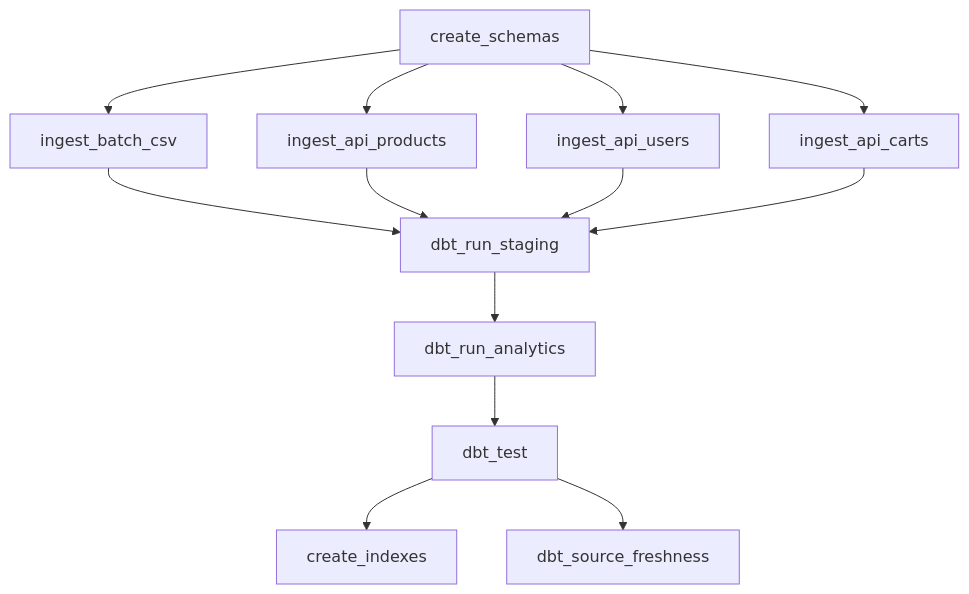
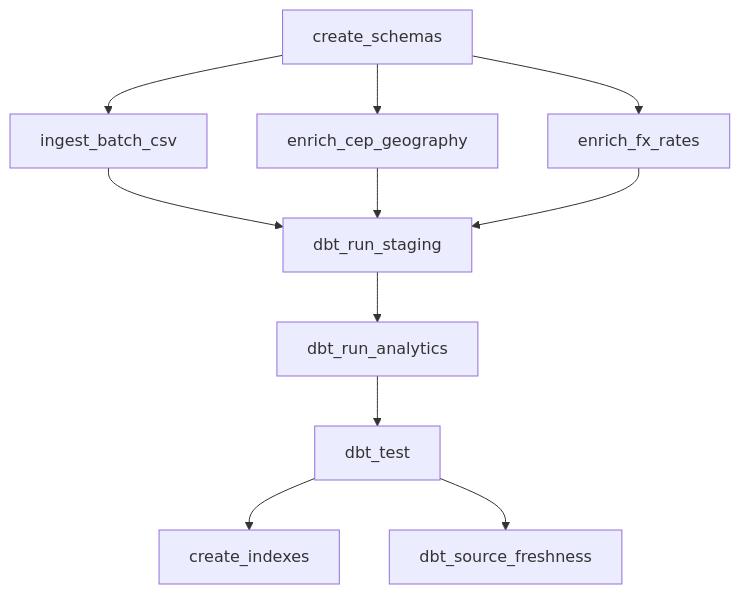
Before and after one commit to bigturtle679/E-Commerce_DataAnalytics_Platform: the third of 3 diagrams in README.md, drawn with Mermaid. The commit also changed other lines of this file and 36 other files, not shown here.

````diff
--- a/README.md
+++ b/README.md
@@ -177,15 +222,13 @@
 ```mermaid
 graph TD
     A[create_schemas] --> B[ingest_batch_csv]
-    A --> C[ingest_api_products]
-    A --> D[ingest_api_users]
-    A --> E[ingest_api_carts]
+    A --> C[enrich_cep_geography]
+    A --> D[enrich_fx_rates]
     B --> F[dbt_run_staging]
     C --> F
     D --> F
-    E --> F
     F --> G[dbt_run_analytics]
     G --> H[dbt_test]
     H --> I[create_indexes]
     H --> J[dbt_source_freshness]
 ```
````
